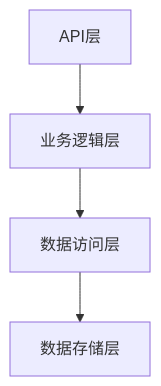
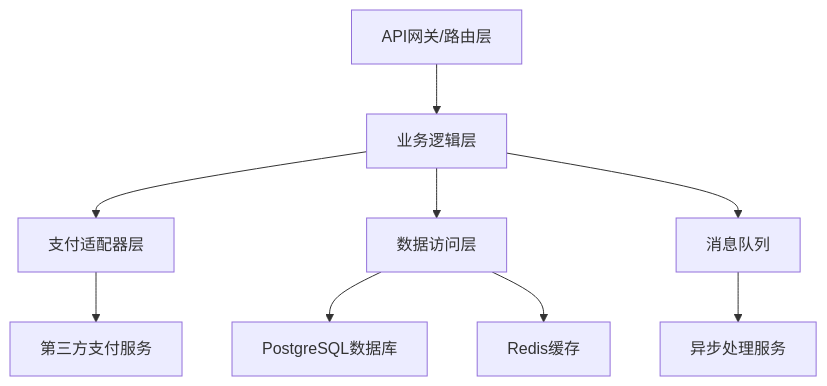
Before and after one commit to HaoranTong/ecommerce_platform: the first of 4 diagrams in docs/modules/payment-service/design.md, drawn with Mermaid. The commit also changed other lines of this file and 3 other files, not shown here.

````diff
--- a/docs/modules/payment-service/design.md
+++ b/docs/modules/payment-service/design.md
@@ -36,6 +39,11 @@
 ```mermaid
 graph TB
-    A[API层] --> B[业务逻辑层]
-    B --> C[数据访问层]
-    C --> D[数据存储层]
+    A[API网关/路由层] --> B[业务逻辑层]
+    B --> C[支付适配器层]
+    B --> D[数据访问层]
+    C --> E[第三方支付服务]
+    D --> F[PostgreSQL数据库]
+    D --> G[Redis缓存]
+    B --> H[消息队列]
+    H --> I[异步处理服务]
 ```
````
